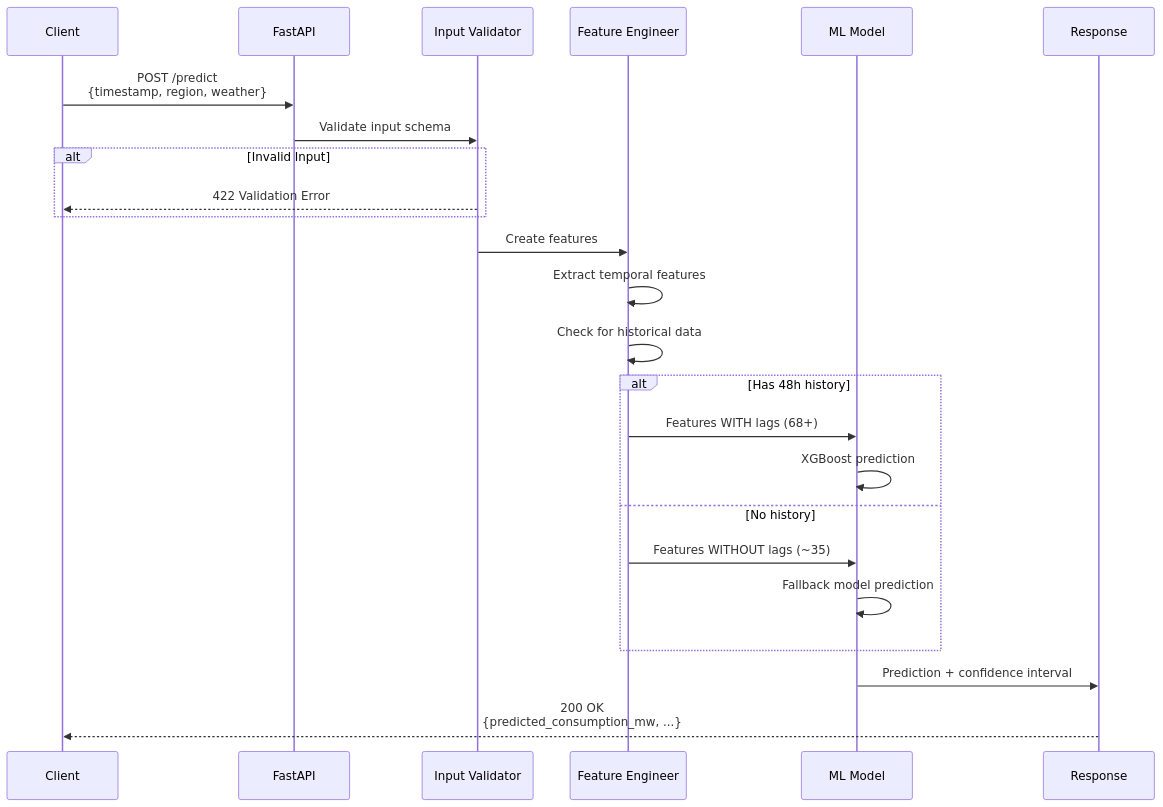
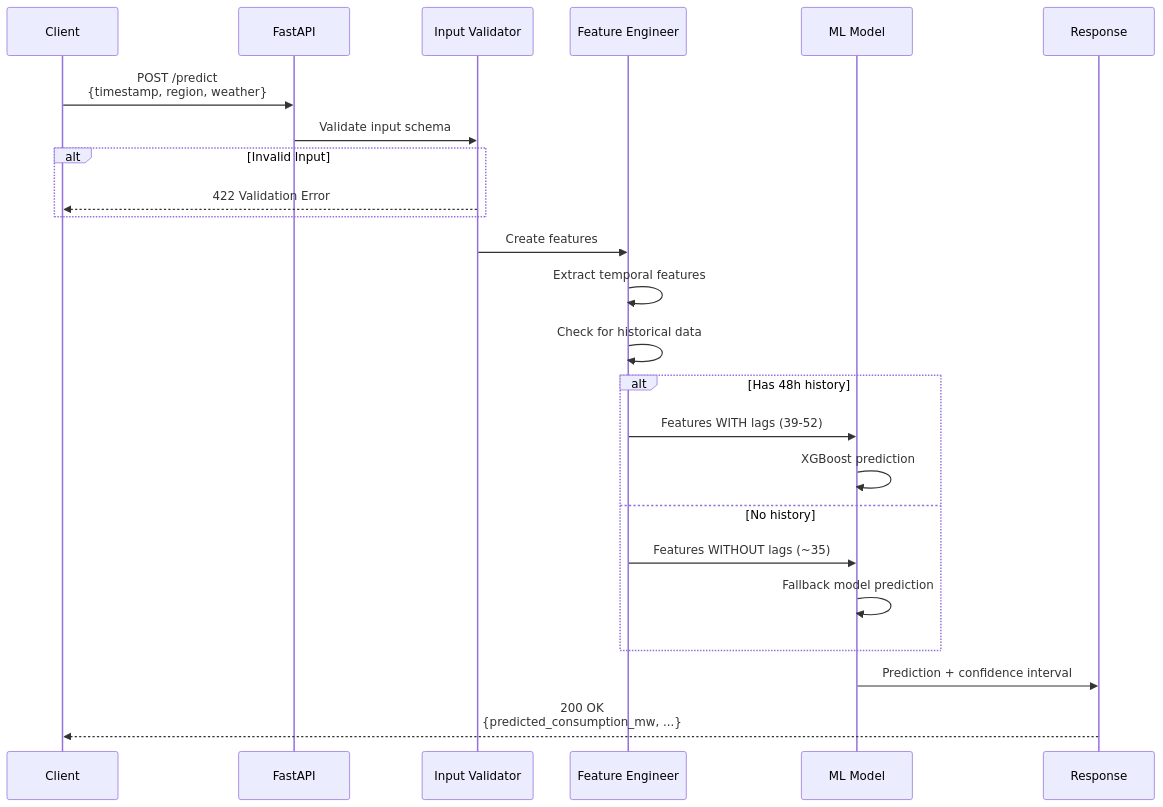
The third of 5 diagrams in docs/ARCHITECTURE.md (Pedrom2002/energy-forecast-pt), drawn with Mermaid before and after one commit. The commit also changed other lines of this file and 14 other files, not shown here.

````diff
--- a/docs/ARCHITECTURE.md
+++ b/docs/ARCHITECTURE.md
@@ -81,31 +81,31 @@
 ```mermaid
 sequenceDiagram
     participant Client
     participant API as FastAPI
     participant Val as Input Validator
     participant FE as Feature Engineer
     participant Model as ML Model
     participant Response
 
     Client->>API: POST /predict<br/>{timestamp, region, weather}
     API->>Val: Validate input schema
 
     alt Invalid Input
         Val-->>Client: 422 Validation Error
     end
 
     Val->>FE: Create features
     FE->>FE: Extract temporal features
     FE->>FE: Check for historical data
 
     alt Has 48h history
-        FE->>Model: Features WITH lags (68+)
+        FE->>Model: Features WITH lags (39-52)
         Model->>Model: XGBoost prediction
     else No history
         FE->>Model: Features WITHOUT lags (~35)
         Model->>Model: Fallback model prediction
     end
 
     Model->>Response: Prediction + confidence interval
     Response-->>Client: 200 OK<br/>{predicted_consumption_mw, ...}
 ```
````
